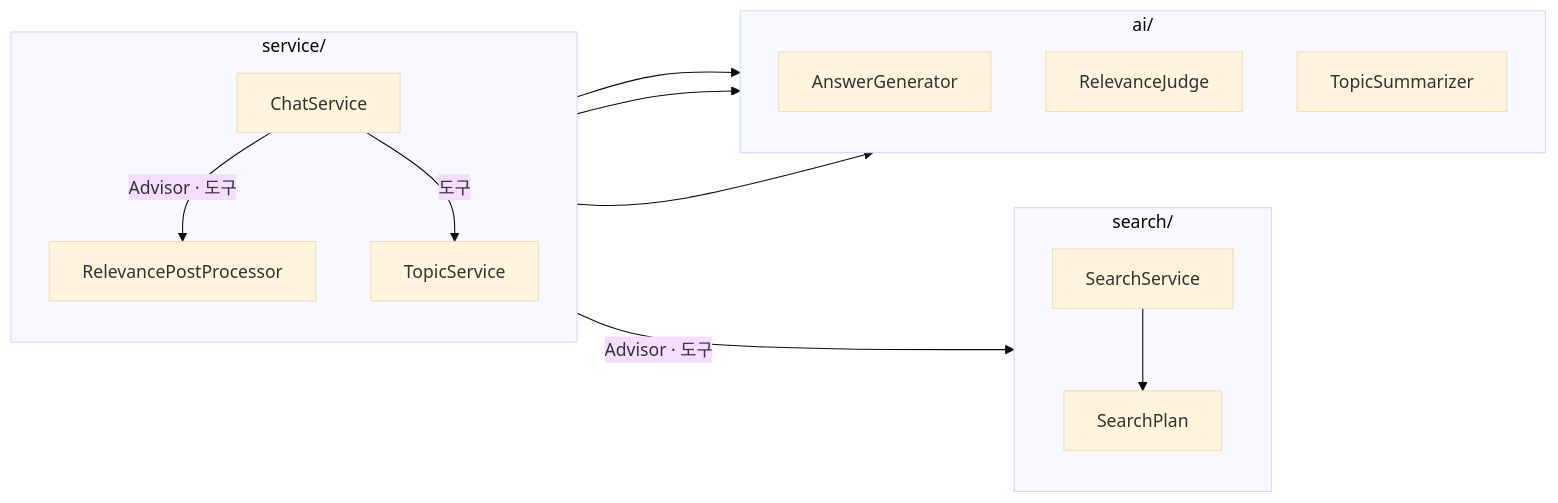
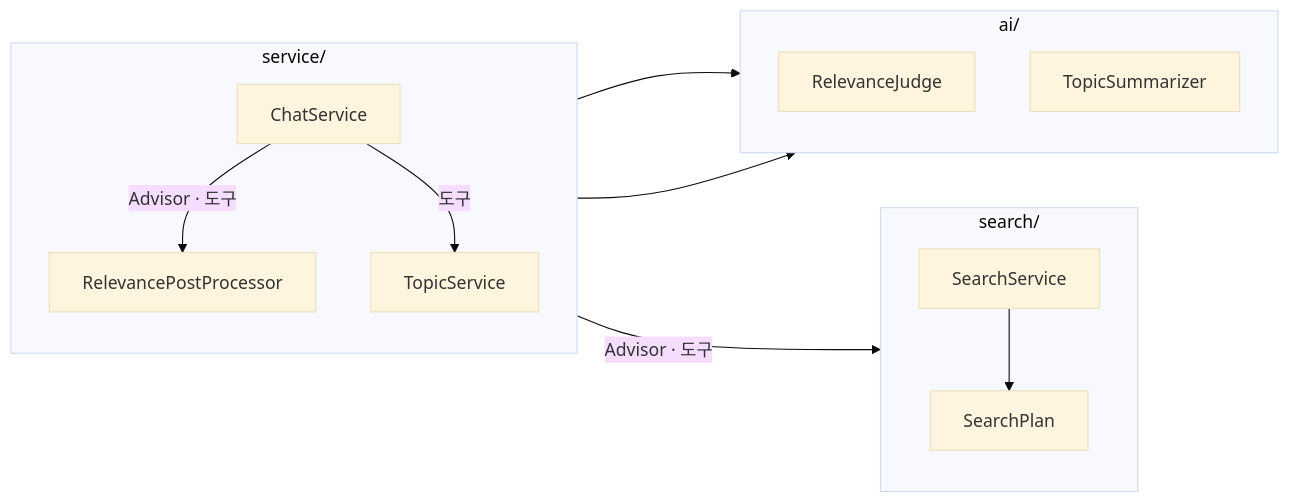
One commit to vonkernel/spring-ai-course-hands-on changed the second of 8 diagrams in docs/02-전체-구조.md. Above: the diagram before and after it, drawn with Mermaid (base theme). The commit also changed other lines of this file and 16 other files, not shown here.

First line of the commit message:
ChatService 를 1단계 RagChatServiceShell 과 2단계 AgentChatServiceShell 두 구현으로 나누고 AnswerGenerator 를 없앤다

````diff
--- a/docs/02-전체-구조.md
+++ b/docs/02-전체-구조.md
@@ -48,30 +48,28 @@
 ```mermaid
 flowchart LR
     subgraph service["service/"]
         direction TB
         CS["ChatService"]
         RP["RelevancePostProcessor"]
         TS["TopicService"]
     end
 
     subgraph search["search/"]
         direction TB
         SV["SearchService"]
         PL["SearchPlan"]
     end
 
     subgraph ai["ai/"]
         direction TB
-        A9["AnswerGenerator"]
         A7["RelevanceJudge"]
         A8["TopicSummarizer"]
     end
 
-    CS --> A9
     CS -->|Advisor · 도구| SV
     CS -->|Advisor · 도구| RP
     CS -->|도구| TS
     RP --> A7
     SV --> PL
     TS --> A8
 ```
````
